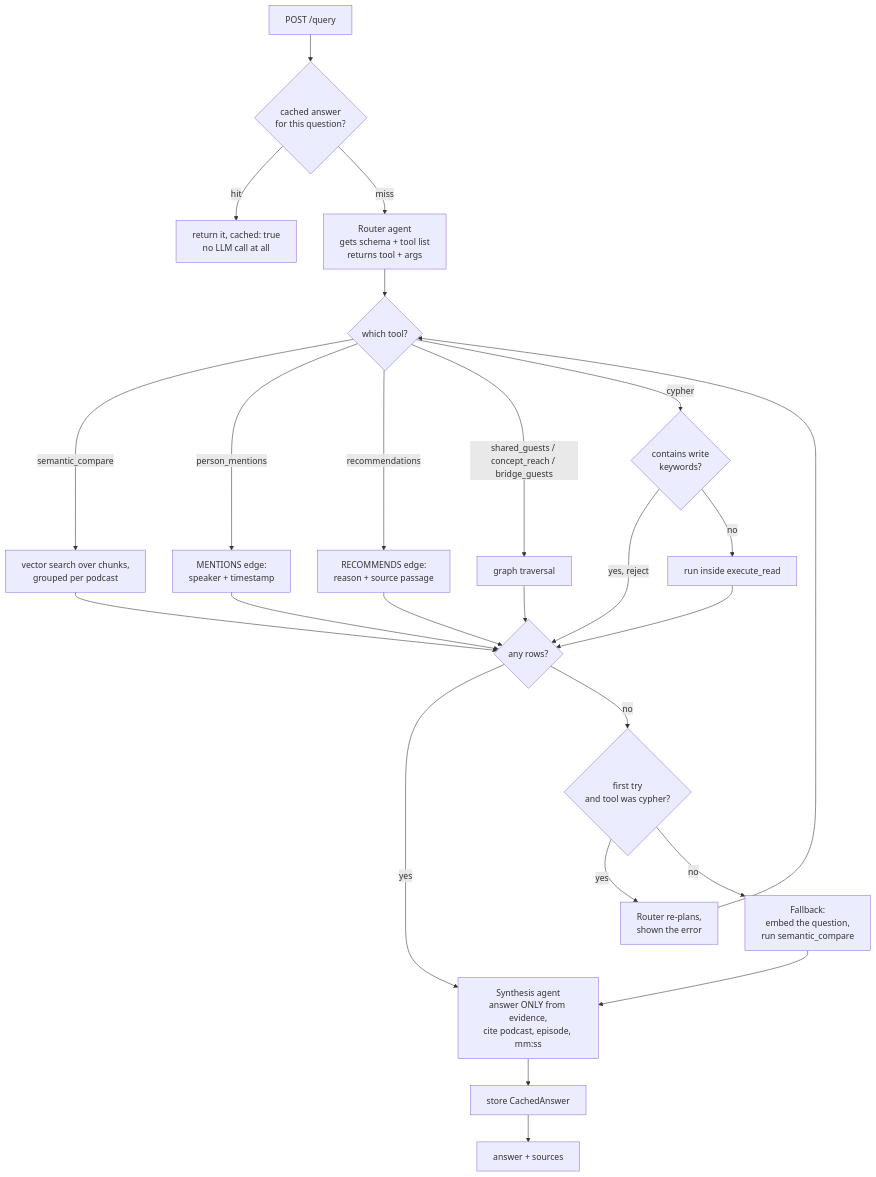
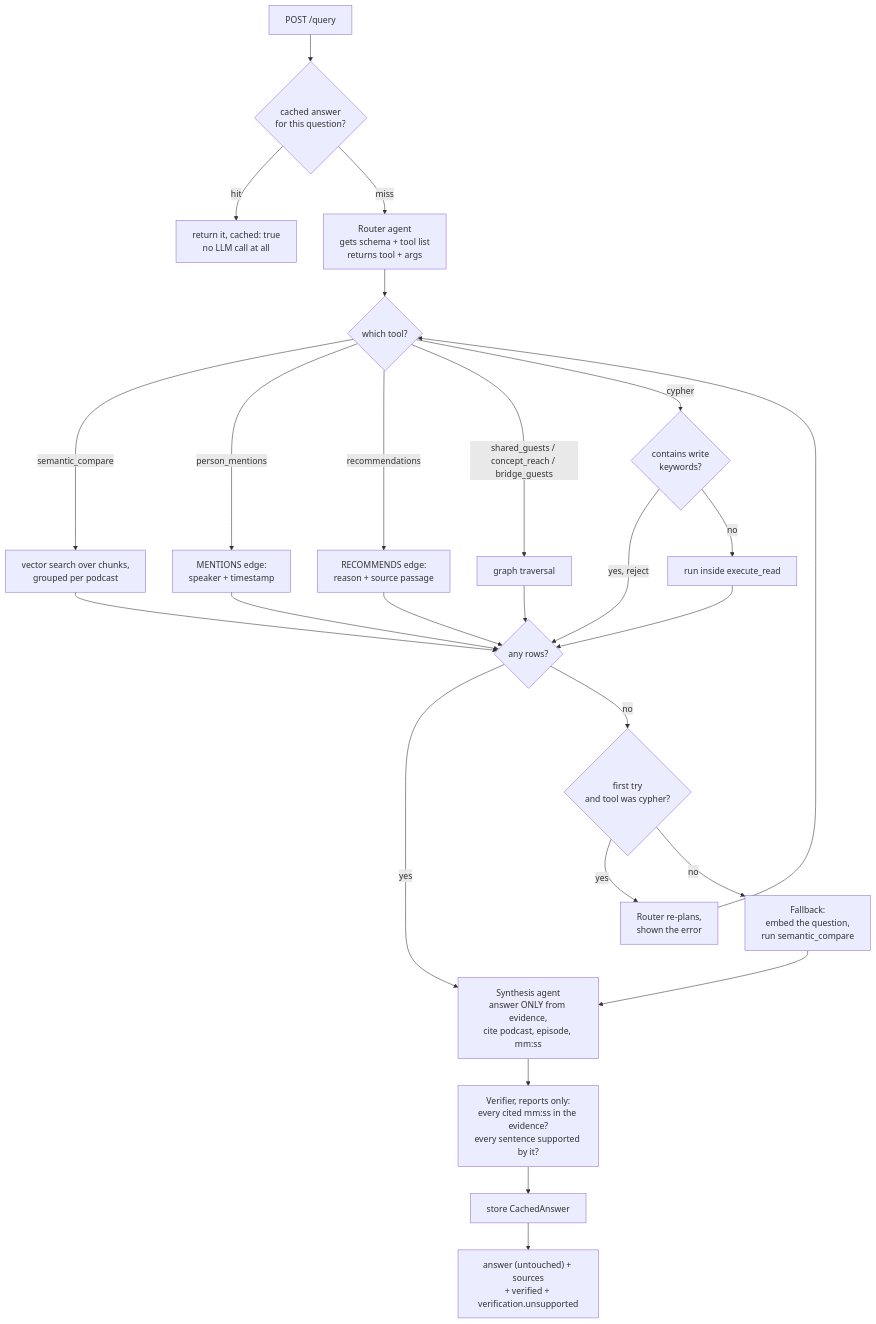
One commit to Sam-khanjani/PodGraph changed the diagram in docs/ARCHITECTURE.md. Above: the diagram before and after it, drawn with Mermaid. The commit also changed other lines of this file and 8 other files, not shown here.

````diff
--- a/docs/ARCHITECTURE.md
+++ b/docs/ARCHITECTURE.md
@@ -45,34 +46,35 @@
 ```mermaid
 flowchart TD
     Q["POST /query"] --> C{"cached answer<br/>for this question?"}
     C -->|hit| CR["return it, cached: true<br/>no LLM call at all"]
     C -->|miss| R["Router agent<br/>gets schema + tool list<br/>returns tool + args"]
 
     R --> T{"which tool?"}
     T -->|semantic_compare| SC["vector search over chunks,<br/>grouped per podcast"]
     T -->|person_mentions| PM["MENTIONS edge:<br/>speaker + timestamp"]
     T -->|recommendations| RC["RECOMMENDS edge:<br/>reason + source passage"]
     T -->|shared_guests / concept_reach / bridge_guests| G["graph traversal"]
     T -->|cypher| CY{"contains write<br/>keywords?"}
 
     E{"any rows?"}
     CY -->|yes, reject| E
     CY -->|no| RD["run inside execute_read"]
 
     SC --> E
     PM --> E
     RC --> E
     G --> E
     RD --> E
 
     E -->|yes| SY["Synthesis agent<br/>answer ONLY from evidence,<br/>cite podcast, episode, mm:ss"]
     E -->|no| F{"first try<br/>and tool was cypher?"}
 
     F -->|yes| RP["Router re-plans,<br/>shown the error"]
     RP --> T
     F -->|no| FB["Fallback:<br/>embed the question,<br/>run semantic_compare"]
     FB --> SY
 
-    SY --> W["store CachedAnswer"]
-    W --> OUT["answer + sources"]
+    SY --> V["Verifier, reports only:<br/>every cited mm:ss in the evidence?<br/>every sentence supported by it?"]
+    V --> W["store CachedAnswer"]
+    W --> OUT["answer (untouched) + sources<br/>+ verified + verification.unsupported"]
 ```
````
